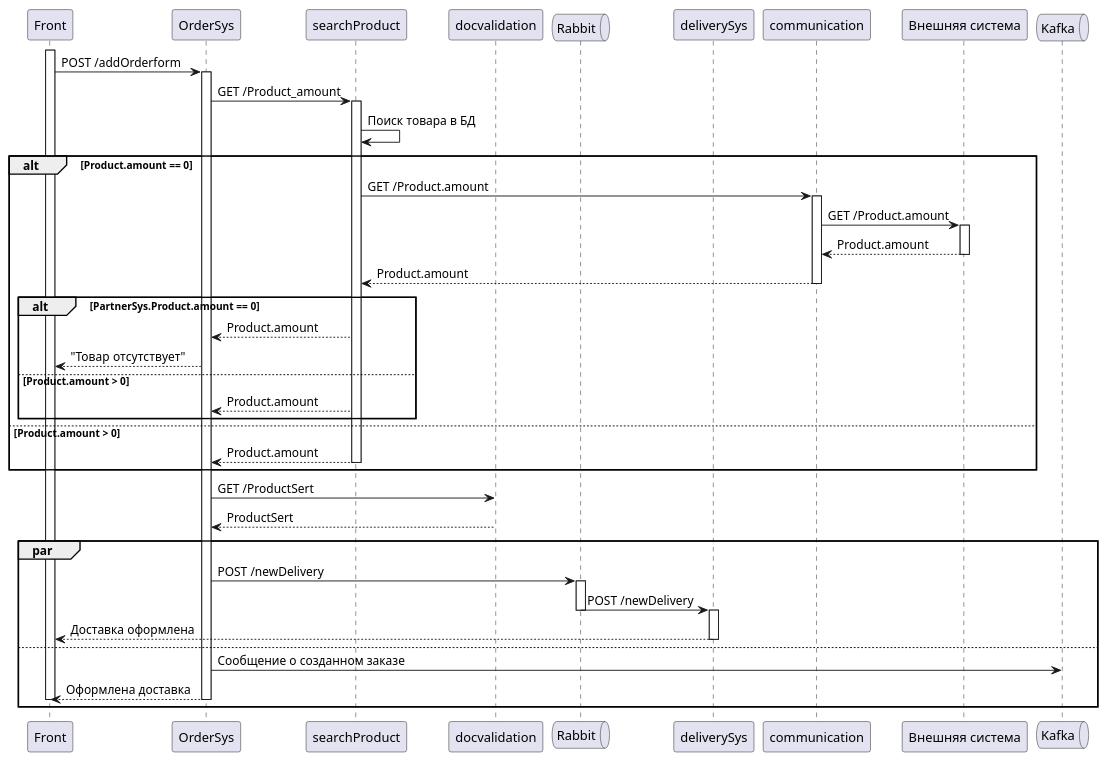
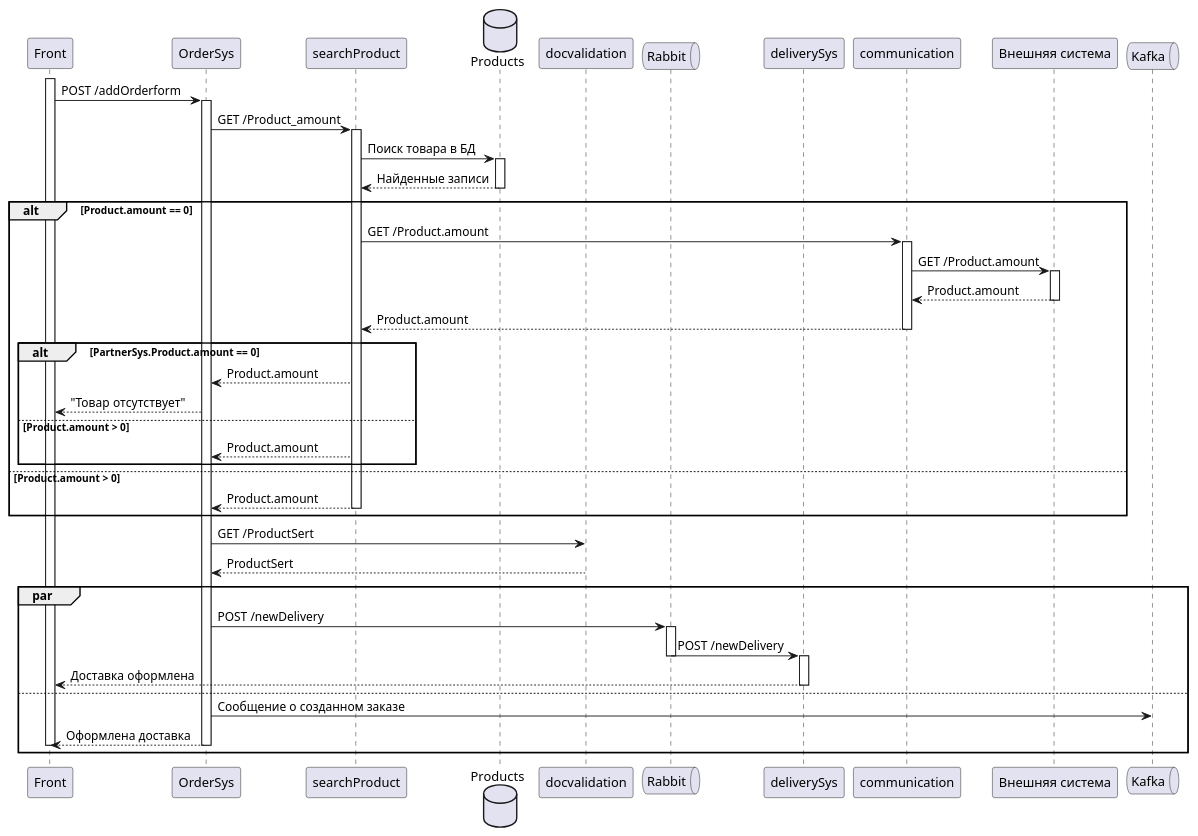
One commit to DitSoGD/Golturenko_analytics_practice changed the diagram in sequenced.puml. Above: the diagram before and after it, drawn with PlantUML. The commit also changed 1 other file, not shown here.

```diff
--- a/sequenced.puml
+++ b/sequenced.puml
@@ -1,60 +1,64 @@
 @startuml
 participant Front
 participant OrderSys
 participant searchProduct
+database Products
 participant docvalidation
 queue Rabbit
 participant deliverySys
 participant communication
 participant PartnerSys as "Внешняя система"
 queue Kafka
 
 
 activate Front
 Front -> OrderSys : POST /addOrderform
 activate OrderSys
 OrderSys -> searchProduct : GET /Product_amount
 activate searchProduct
-searchProduct -> searchProduct : Поиск товара в БД
+searchProduct -> Products : Поиск товара в БД
+activate Products
+Products --> searchProduct : Найденные записи
+deactivate Products
 
 alt Product.amount == 0
 searchProduct -> communication : GET /Product.amount
 activate communication
 communication -> PartnerSys : GET /Product.amount
 activate PartnerSys
 PartnerSys --> communication : Product.amount
 deactivate PartnerSys
 communication --> searchProduct : Product.amount
 deactivate communication
 
 alt PartnerSys.Product.amount == 0
 searchProduct --> OrderSys : Product.amount
 OrderSys --> Front : "Товар отсутствует"
 else Product.amount > 0
 searchProduct --> OrderSys : Product.amount
 end
 
 else Product.amount > 0
 searchProduct --> OrderSys : Product.amount
 deactivate searchProduct
 end
 
 OrderSys -> docvalidation : GET /ProductSert
 docvalidation --> OrderSys : ProductSert
 
 par
 OrderSys -> Rabbit : POST /newDelivery
 activate Rabbit
 Rabbit -> deliverySys : POST /newDelivery
 deactivate Rabbit
 activate deliverySys
 deliverySys --> Front : Доставка оформлена
 deactivate deliverySys
 else
 OrderSys -> Kafka : Сообщение о созданном заказе
 OrderSys --> Front : Оформлена доставка
 deactivate OrderSys
 deactivate Front
 end
 
 @enduml
```
